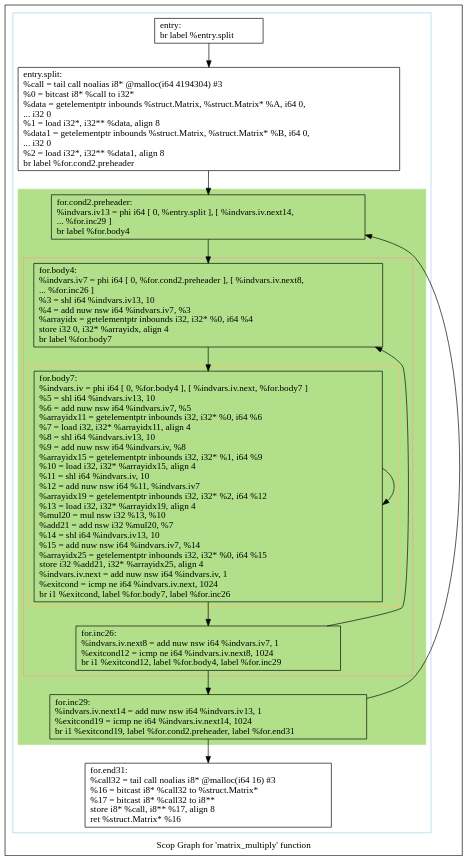
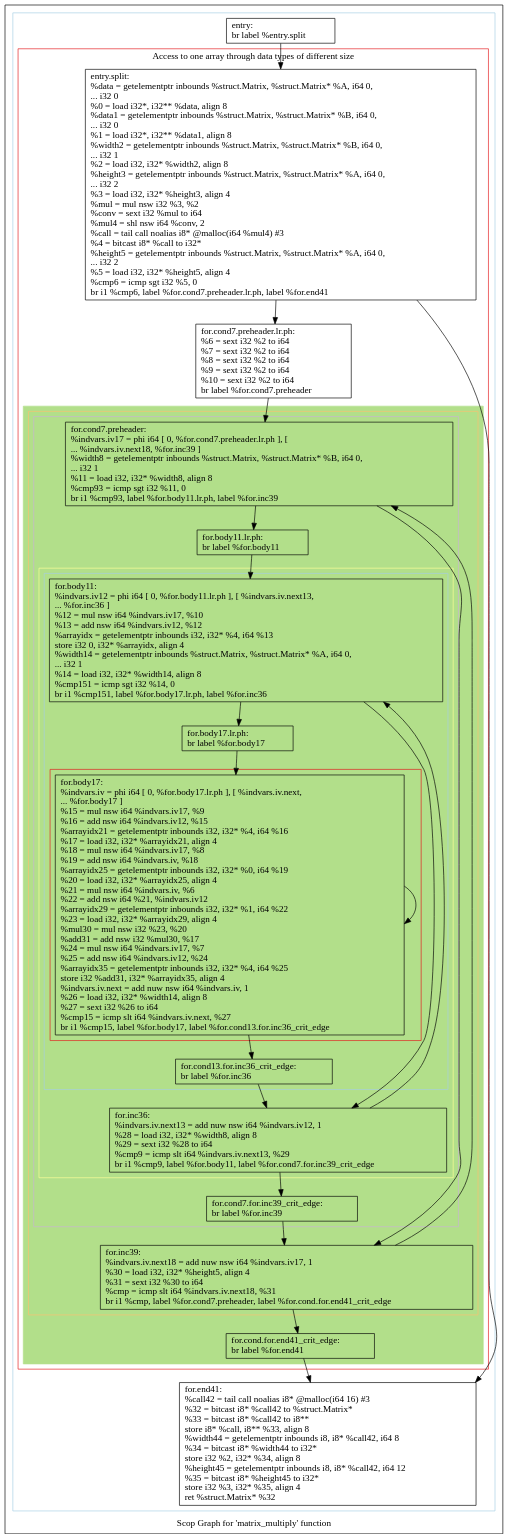
One commit to samminweng/WhileyOpenCL changed the diagram in polly/MatrixMult/impl/handwritten2/dot/scops.matrix_multiply.dot. Above: the diagram before and after it, drawn with Graphviz. The commit also changed 44 other files, not shown here.

First line of the commit message:
Passed matrix width and height as function parameters

```diff
--- a/polly/MatrixMult/impl/handwritten2/dot/scops.matrix_multiply.dot
+++ b/polly/MatrixMult/impl/handwritten2/dot/scops.matrix_multiply.dot
@@ -1,50 +1,91 @@
 digraph "Scop Graph for 'matrix_multiply' function" {
 	label="Scop Graph for 'matrix_multiply' function";
 
-	Node0x5bc04c0 [shape=record,label="{entry:\l  br label %entry.split\l}"];
-	Node0x5bc04c0 -> Node0x5bc0b50;
-	Node0x5bc0b50 [shape=record,label="{entry.split:                                      \l  %call = tail call noalias i8* @malloc(i64 4194304) #3\l  %0 = bitcast i8* %call to i32*\l  %data = getelementptr inbounds %struct.Matrix, %struct.Matrix* %A, i64 0,\l... i32 0\l  %1 = load i32*, i32** %data, align 8\l  %data1 = getelementptr inbounds %struct.Matrix, %struct.Matrix* %B, i64 0,\l... i32 0\l  %2 = load i32*, i32** %data1, align 8\l  br label %for.cond2.preheader\l}"];
-	Node0x5bc0b50 -> Node0x5bc0ae0;
-	Node0x5bc0ae0 [shape=record,label="{for.cond2.preheader:                              \l  %indvars.iv13 = phi i64 [ 0, %entry.split ], [ %indvars.iv.next14,\l... %for.inc29 ]\l  br label %for.body4\l}"];
-	Node0x5bc0ae0 -> Node0x5bbbe90;
-	Node0x5bbbe90 [shape=record,label="{for.body4:                                        \l  %indvars.iv7 = phi i64 [ 0, %for.cond2.preheader ], [ %indvars.iv.next8,\l... %for.inc26 ]\l  %3 = shl i64 %indvars.iv13, 10\l  %4 = add nuw nsw i64 %indvars.iv7, %3\l  %arrayidx = getelementptr inbounds i32, i32* %0, i64 %4\l  store i32 0, i32* %arrayidx, align 4\l  br label %for.body7\l}"];
-	Node0x5bbbe90 -> Node0x5bc0a70;
-	Node0x5bc0a70 [shape=record,label="{for.body7:                                        \l  %indvars.iv = phi i64 [ 0, %for.body4 ], [ %indvars.iv.next, %for.body7 ]\l  %5 = shl i64 %indvars.iv13, 10\l  %6 = add nuw nsw i64 %indvars.iv7, %5\l  %arrayidx11 = getelementptr inbounds i32, i32* %0, i64 %6\l  %7 = load i32, i32* %arrayidx11, align 4\l  %8 = shl i64 %indvars.iv13, 10\l  %9 = add nuw nsw i64 %indvars.iv, %8\l  %arrayidx15 = getelementptr inbounds i32, i32* %1, i64 %9\l  %10 = load i32, i32* %arrayidx15, align 4\l  %11 = shl i64 %indvars.iv, 10\l  %12 = add nuw nsw i64 %11, %indvars.iv7\l  %arrayidx19 = getelementptr inbounds i32, i32* %2, i64 %12\l  %13 = load i32, i32* %arrayidx19, align 4\l  %mul20 = mul nsw i32 %13, %10\l  %add21 = add nsw i32 %mul20, %7\l  %14 = shl i64 %indvars.iv13, 10\l  %15 = add nuw nsw i64 %indvars.iv7, %14\l  %arrayidx25 = getelementptr inbounds i32, i32* %0, i64 %15\l  store i32 %add21, i32* %arrayidx25, align 4\l  %indvars.iv.next = add nuw nsw i64 %indvars.iv, 1\l  %exitcond = icmp ne i64 %indvars.iv.next, 1024\l  br i1 %exitcond, label %for.body7, label %for.inc26\l}"];
-	Node0x5bc0a70 -> Node0x5bc0a70[constraint=false];
-	Node0x5bc0a70 -> Node0x5bc7e30;
-	Node0x5bc7e30 [shape=record,label="{for.inc26:                                        \l  %indvars.iv.next8 = add nuw nsw i64 %indvars.iv7, 1\l  %exitcond12 = icmp ne i64 %indvars.iv.next8, 1024\l  br i1 %exitcond12, label %for.body4, label %for.inc29\l}"];
-	Node0x5bc7e30 -> Node0x5bbbe90[constraint=false];
-	Node0x5bc7e30 -> Node0x5bc7e50;
-	Node0x5bc7e50 [shape=record,label="{for.inc29:                                        \l  %indvars.iv.next14 = add nuw nsw i64 %indvars.iv13, 1\l  %exitcond19 = icmp ne i64 %indvars.iv.next14, 1024\l  br i1 %exitcond19, label %for.cond2.preheader, label %for.end31\l}"];
-	Node0x5bc7e50 -> Node0x5bc0ae0[constraint=false];
-	Node0x5bc7e50 -> Node0x5bc2850;
-	Node0x5bc2850 [shape=record,label="{for.end31:                                        \l  %call32 = tail call noalias i8* @malloc(i64 16) #3\l  %16 = bitcast i8* %call32 to %struct.Matrix*\l  %17 = bitcast i8* %call32 to i8**\l  store i8* %call, i8** %17, align 8\l  ret %struct.Matrix* %16\l}"];
+	Node0x53c7ed0 [shape=record,label="{entry:\l  br label %entry.split\l}"];
+	Node0x53c7ed0 -> Node0x53cc7c0;
+	Node0x53cc7c0 [shape=record,label="{entry.split:                                      \l  %data = getelementptr inbounds %struct.Matrix, %struct.Matrix* %A, i64 0,\l... i32 0\l  %0 = load i32*, i32** %data, align 8\l  %data1 = getelementptr inbounds %struct.Matrix, %struct.Matrix* %B, i64 0,\l... i32 0\l  %1 = load i32*, i32** %data1, align 8\l  %width2 = getelementptr inbounds %struct.Matrix, %struct.Matrix* %B, i64 0,\l... i32 1\l  %2 = load i32, i32* %width2, align 8\l  %height3 = getelementptr inbounds %struct.Matrix, %struct.Matrix* %A, i64 0,\l... i32 2\l  %3 = load i32, i32* %height3, align 4\l  %mul = mul nsw i32 %3, %2\l  %conv = sext i32 %mul to i64\l  %mul4 = shl nsw i64 %conv, 2\l  %call = tail call noalias i8* @malloc(i64 %mul4) #3\l  %4 = bitcast i8* %call to i32*\l  %height5 = getelementptr inbounds %struct.Matrix, %struct.Matrix* %A, i64 0,\l... i32 2\l  %5 = load i32, i32* %height5, align 4\l  %cmp6 = icmp sgt i32 %5, 0\l  br i1 %cmp6, label %for.cond7.preheader.lr.ph, label %for.end41\l}"];
+	Node0x53cc7c0 -> Node0x53bcc90;
+	Node0x53cc7c0 -> Node0x53d6900;
+	Node0x53bcc90 [shape=record,label="{for.cond7.preheader.lr.ph:                        \l  %6 = sext i32 %2 to i64\l  %7 = sext i32 %2 to i64\l  %8 = sext i32 %2 to i64\l  %9 = sext i32 %2 to i64\l  %10 = sext i32 %2 to i64\l  br label %for.cond7.preheader\l}"];
+	Node0x53bcc90 -> Node0x53c7850;
+	Node0x53c7850 [shape=record,label="{for.cond7.preheader:                              \l  %indvars.iv17 = phi i64 [ 0, %for.cond7.preheader.lr.ph ], [\l... %indvars.iv.next18, %for.inc39 ]\l  %width8 = getelementptr inbounds %struct.Matrix, %struct.Matrix* %B, i64 0,\l... i32 1\l  %11 = load i32, i32* %width8, align 8\l  %cmp93 = icmp sgt i32 %11, 0\l  br i1 %cmp93, label %for.body11.lr.ph, label %for.inc39\l}"];
+	Node0x53c7850 -> Node0x53c7870;
+	Node0x53c7850 -> Node0x53b9df0;
+	Node0x53c7870 [shape=record,label="{for.body11.lr.ph:                                 \l  br label %for.body11\l}"];
+	Node0x53c7870 -> Node0x53c7970;
+	Node0x53c7970 [shape=record,label="{for.body11:                                       \l  %indvars.iv12 = phi i64 [ 0, %for.body11.lr.ph ], [ %indvars.iv.next13,\l... %for.inc36 ]\l  %12 = mul nsw i64 %indvars.iv17, %10\l  %13 = add nsw i64 %indvars.iv12, %12\l  %arrayidx = getelementptr inbounds i32, i32* %4, i64 %13\l  store i32 0, i32* %arrayidx, align 4\l  %width14 = getelementptr inbounds %struct.Matrix, %struct.Matrix* %A, i64 0,\l... i32 1\l  %14 = load i32, i32* %width14, align 8\l  %cmp151 = icmp sgt i32 %14, 0\l  br i1 %cmp151, label %for.body17.lr.ph, label %for.inc36\l}"];
+	Node0x53c7970 -> Node0x53c79d0;
+	Node0x53c7970 -> Node0x53d1580;
+	Node0x53c79d0 [shape=record,label="{for.body17.lr.ph:                                 \l  br label %for.body17\l}"];
+	Node0x53c79d0 -> Node0x53cc530;
+	Node0x53cc530 [shape=record,label="{for.body17:                                       \l  %indvars.iv = phi i64 [ 0, %for.body17.lr.ph ], [ %indvars.iv.next,\l... %for.body17 ]\l  %15 = mul nsw i64 %indvars.iv17, %9\l  %16 = add nsw i64 %indvars.iv12, %15\l  %arrayidx21 = getelementptr inbounds i32, i32* %4, i64 %16\l  %17 = load i32, i32* %arrayidx21, align 4\l  %18 = mul nsw i64 %indvars.iv17, %8\l  %19 = add nsw i64 %indvars.iv, %18\l  %arrayidx25 = getelementptr inbounds i32, i32* %0, i64 %19\l  %20 = load i32, i32* %arrayidx25, align 4\l  %21 = mul nsw i64 %indvars.iv, %6\l  %22 = add nsw i64 %21, %indvars.iv12\l  %arrayidx29 = getelementptr inbounds i32, i32* %1, i64 %22\l  %23 = load i32, i32* %arrayidx29, align 4\l  %mul30 = mul nsw i32 %23, %20\l  %add31 = add nsw i32 %mul30, %17\l  %24 = mul nsw i64 %indvars.iv17, %7\l  %25 = add nsw i64 %indvars.iv12, %24\l  %arrayidx35 = getelementptr inbounds i32, i32* %4, i64 %25\l  store i32 %add31, i32* %arrayidx35, align 4\l  %indvars.iv.next = add nuw nsw i64 %indvars.iv, 1\l  %26 = load i32, i32* %width14, align 8\l  %27 = sext i32 %26 to i64\l  %cmp15 = icmp slt i64 %indvars.iv.next, %27\l  br i1 %cmp15, label %for.body17, label %for.cond13.for.inc36_crit_edge\l}"];
+	Node0x53cc530 -> Node0x53cc530[constraint=false];
+	Node0x53cc530 -> Node0x53d6090;
+	Node0x53d6090 [shape=record,label="{for.cond13.for.inc36_crit_edge:                   \l  br label %for.inc36\l}"];
+	Node0x53d6090 -> Node0x53d1580;
+	Node0x53d1580 [shape=record,label="{for.inc36:                                        \l  %indvars.iv.next13 = add nuw nsw i64 %indvars.iv12, 1\l  %28 = load i32, i32* %width8, align 8\l  %29 = sext i32 %28 to i64\l  %cmp9 = icmp slt i64 %indvars.iv.next13, %29\l  br i1 %cmp9, label %for.body11, label %for.cond7.for.inc39_crit_edge\l}"];
+	Node0x53d1580 -> Node0x53c7970[constraint=false];
+	Node0x53d1580 -> Node0x53d60b0;
+	Node0x53d60b0 [shape=record,label="{for.cond7.for.inc39_crit_edge:                    \l  br label %for.inc39\l}"];
+	Node0x53d60b0 -> Node0x53b9df0;
+	Node0x53b9df0 [shape=record,label="{for.inc39:                                        \l  %indvars.iv.next18 = add nuw nsw i64 %indvars.iv17, 1\l  %30 = load i32, i32* %height5, align 4\l  %31 = sext i32 %30 to i64\l  %cmp = icmp slt i64 %indvars.iv.next18, %31\l  br i1 %cmp, label %for.cond7.preheader, label %for.cond.for.end41_crit_edge\l}"];
+	Node0x53b9df0 -> Node0x53c7850[constraint=false];
+	Node0x53b9df0 -> Node0x53ceba0;
+	Node0x53ceba0 [shape=record,label="{for.cond.for.end41_crit_edge:                     \l  br label %for.end41\l}"];
+	Node0x53ceba0 -> Node0x53d6900;
+	Node0x53d6900 [shape=record,label="{for.end41:                                        \l  %call42 = tail call noalias i8* @malloc(i64 16) #3\l  %32 = bitcast i8* %call42 to %struct.Matrix*\l  %33 = bitcast i8* %call42 to i8**\l  store i8* %call, i8** %33, align 8\l  %width44 = getelementptr inbounds i8, i8* %call42, i64 8\l  %34 = bitcast i8* %width44 to i32*\l  store i32 %2, i32* %34, align 8\l  %height45 = getelementptr inbounds i8, i8* %call42, i64 12\l  %35 = bitcast i8* %height45 to i32*\l  store i32 %3, i32* %35, align 4\l  ret %struct.Matrix* %32\l}"];
 	colorscheme = "paired12"
-        subgraph cluster_0x5b9dd20 {
+        subgraph cluster_0x53b96f0 {
           label = "";
           style = solid;
           color = 1
-          subgraph cluster_0x5bbc3e0 {
-            label = "";
-            style = filled;
-            color = 3            subgraph cluster_0x5b9dda0 {
+          subgraph cluster_0x53c6590 {
+            label = "Access to one array through data types of different size";
+            style = solid;
+            color = 6
+            subgraph cluster_0x53d1410 {
               label = "";
-              style = solid;
-              color = 5
-              subgraph cluster_0x5bbbf50 {
+              style = filled;
+              color = 3              subgraph cluster_0x53c6510 {
                 label = "";
                 style = solid;
                 color = 7
-                Node0x5bc0a70;
+                subgraph cluster_0x53c6490 {
+                  label = "";
+                  style = solid;
+                  color = 9
+                  subgraph cluster_0x53c6410 {
+                    label = "";
+                    style = solid;
+                    color = 11
+                    subgraph cluster_0x53c6390 {
+                      label = "";
+                      style = solid;
+                      color = 1
+                      subgraph cluster_0x53b9810 {
+                        label = "";
+                        style = solid;
+                        color = 6
+                        Node0x53cc530;
+                      }
+                      Node0x53c7970;
+                      Node0x53c79d0;
+                      Node0x53d6090;
+                    }
+                    Node0x53d1580;
+                  }
+                  Node0x53c7850;
+                  Node0x53c7870;
+                  Node0x53d60b0;
+                }
+                Node0x53b9df0;
               }
-              Node0x5bbbe90;
-              Node0x5bc7e30;
+              Node0x53ceba0;
             }
-            Node0x5bc0ae0;
-            Node0x5bc7e50;
+            Node0x53cc7c0;
+            Node0x53bcc90;
           }
-          Node0x5bc04c0;
-          Node0x5bc0b50;
-          Node0x5bc2850;
+          Node0x53c7ed0;
+          Node0x53d6900;
         }
 }
```
